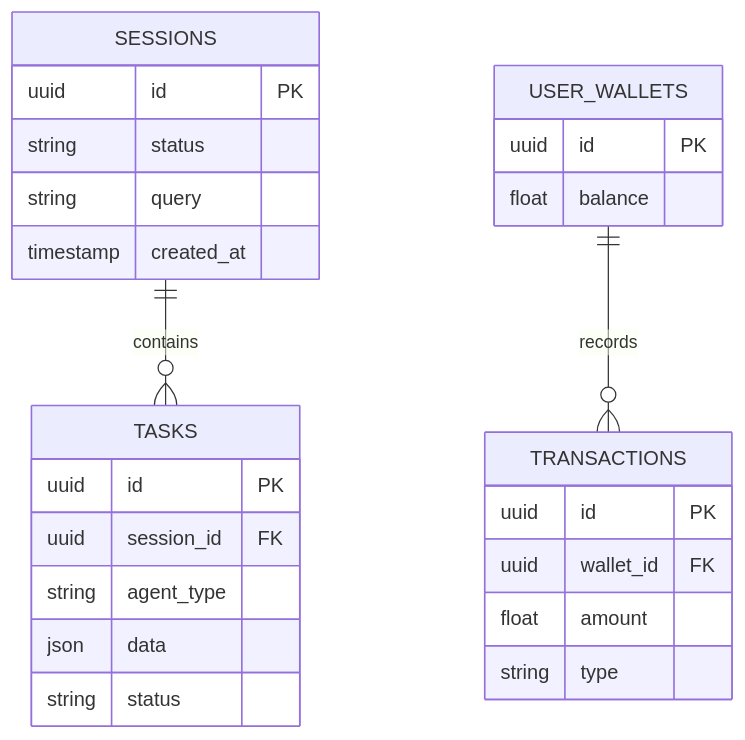
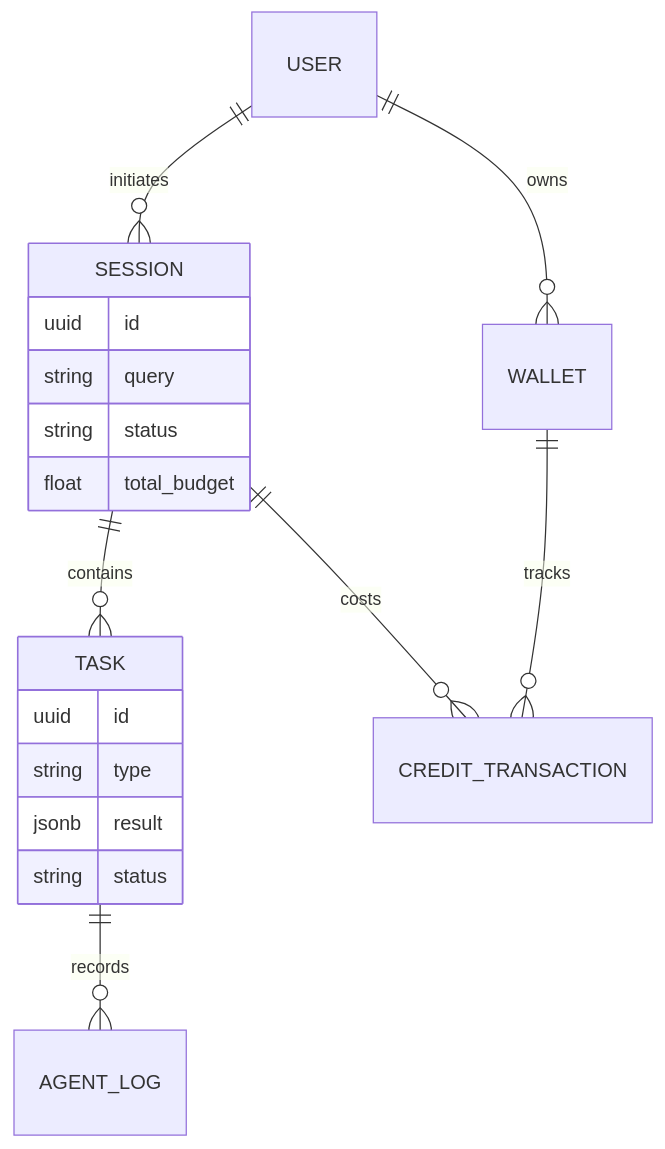
The third of 3 diagrams in README.md (TanmayAggarwal87/axiom), drawn with Mermaid before and after one commit. The commit also changed other lines of this file, not shown here.

````diff
--- a/README.md
+++ b/README.md
@@ -38,28 +75,23 @@
 ```mermaid
 erDiagram
-    SESSIONS ||--o{ TASKS : contains
-    SESSIONS {
-        uuid id PK
+    USER ||--o{ WALLET : "owns"
+    USER ||--o{ SESSION : "initiates"
+    SESSION ||--o{ TASK : "contains"
+    SESSION ||--o{ CREDIT_TRANSACTION : "costs"
+    TASK ||--o{ AGENT_LOG : "records"
+    WALLET ||--o{ CREDIT_TRANSACTION : "tracks"
+    
+    SESSION {
+        uuid id
+        string query
         string status
-        string query
-        timestamp created_at
+        float total_budget
     }
-    TASKS {
-        uuid id PK
-        uuid session_id FK
-        string agent_type
-        json data
+    
+    TASK {
+        uuid id
+        string type
+        jsonb result
         string status
     }
-    USER_WALLETS ||--o{ TRANSACTIONS : records
-    USER_WALLETS {
-        uuid id PK
-        float balance
-    }
-    TRANSACTIONS {
-        uuid id PK
-        uuid wallet_id FK
-        float amount
-        string type
-    }
 ```
````
